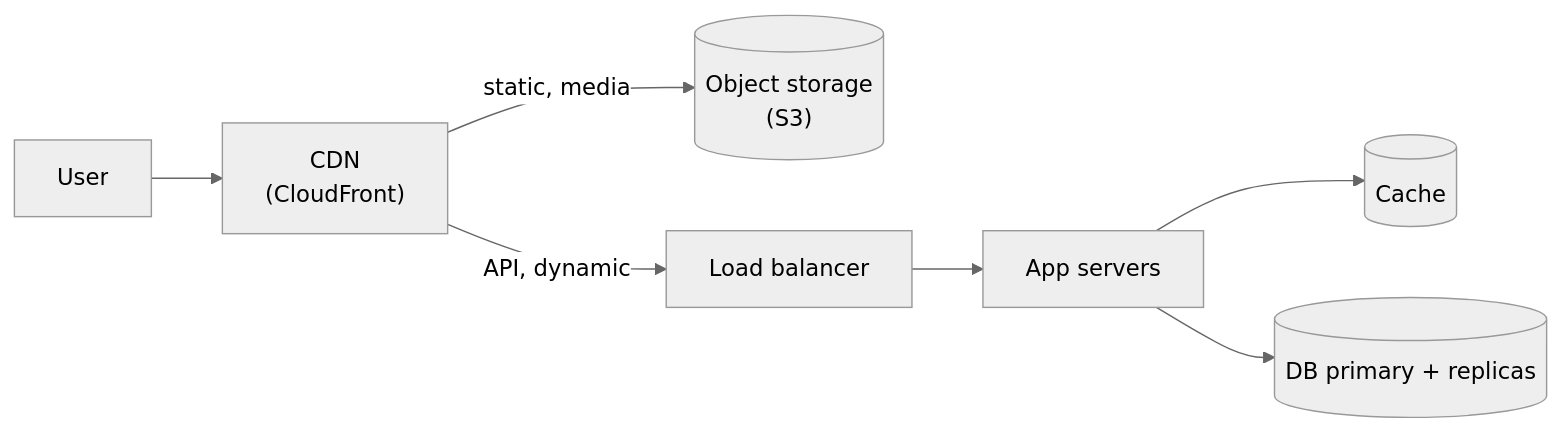
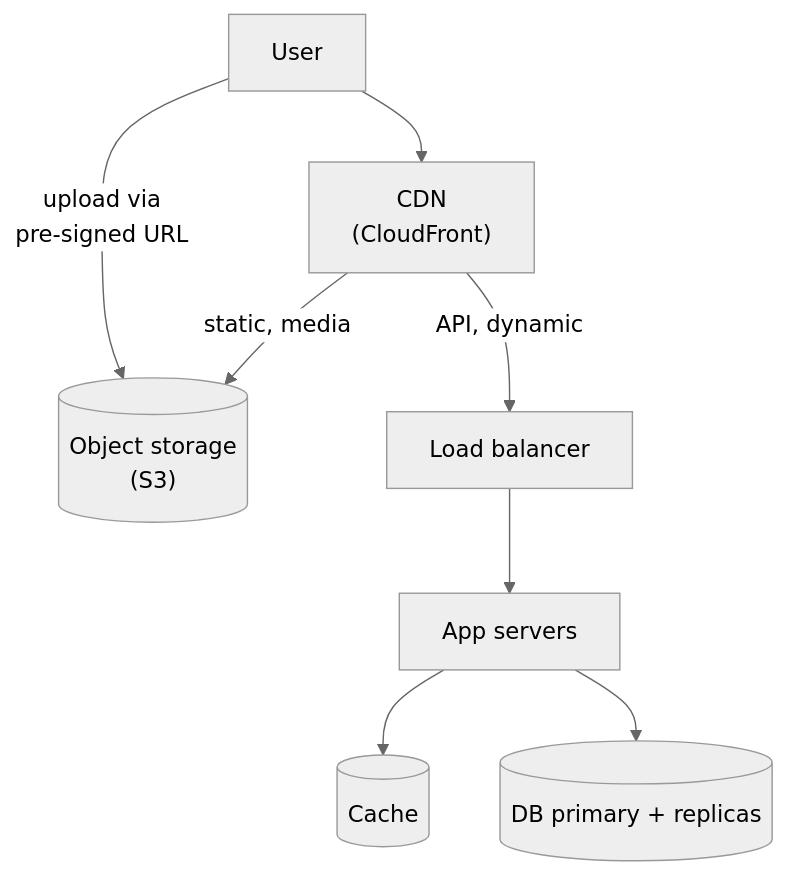
Before and after one commit to butyavk/system-design: the sixth of 9 diagrams in src/content/docs/practice/scaling-to-millions.mdx, drawn with Mermaid (neutral theme). The commit also changed other lines of this file and 144 other files, not shown here.

````diff
--- a/src/content/docs/practice/scaling-to-millions.mdx
+++ b/src/content/docs/practice/scaling-to-millions.mdx
@@ -230,9 +230,10 @@
 ```mermaid
-flowchart LR
+flowchart TB
   user["User"] --> cdn["CDN<br/>(CloudFront)"]
+  user -->|"upload via<br/>pre-signed URL"| obj
   cdn -->|"static, media"| obj[("Object storage<br/>(S3)")]
   cdn -->|"API, dynamic"| lb["Load balancer"]
   lb --> app["App servers"]
   app --> cache[("Cache")]
   app --> db[("DB primary + replicas")]
 ```
````
